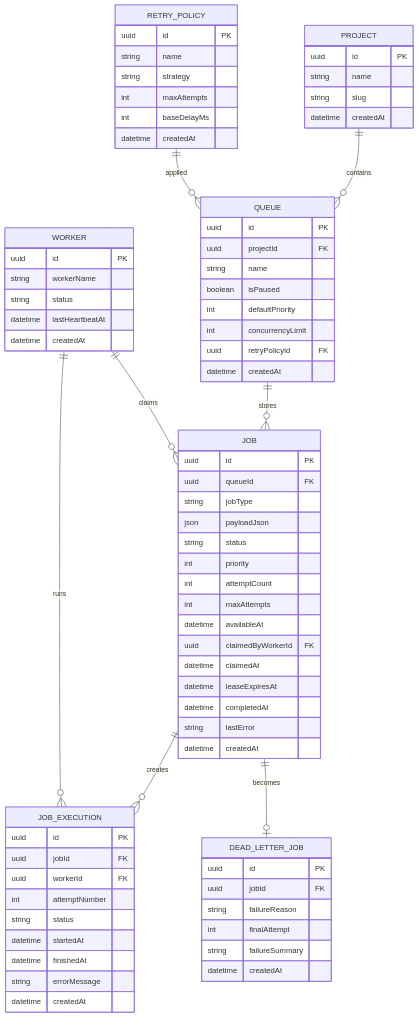
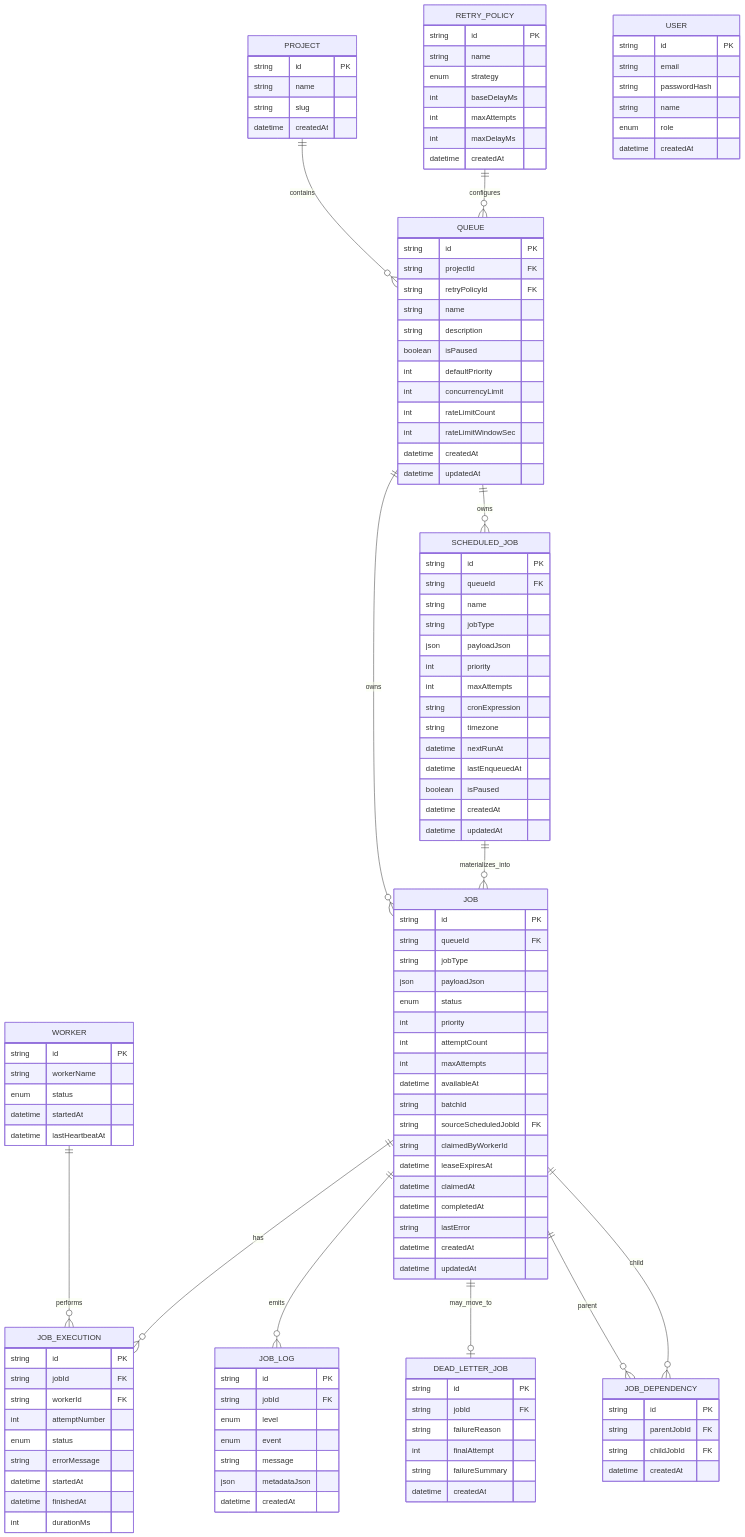
The third of 3 diagrams in README.md (prateek-crypto/relay-working-mvp-submission), drawn with Mermaid before and after one commit. The commit also changed other lines of this file and 4 other files, not shown here.

````diff
--- a/README.md
+++ b/README.md
@@ -96,78 +257,139 @@
 ```mermaid
 erDiagram
     PROJECT ||--o{ QUEUE : contains
-    RETRY_POLICY ||--o{ QUEUE : applied
-    QUEUE ||--o{ JOB : stores
-    WORKER ||--o{ JOB : claims
-    JOB ||--o{ JOB_EXECUTION : creates
-    WORKER ||--o{ JOB_EXECUTION : runs
-    JOB ||--o| DEAD_LETTER_JOB : becomes
+    RETRY_POLICY ||--o{ QUEUE : configures
+    QUEUE ||--o{ JOB : owns
+    QUEUE ||--o{ SCHEDULED_JOB : owns
+    WORKER ||--o{ JOB_EXECUTION : performs
+    JOB ||--o{ JOB_EXECUTION : has
+    JOB ||--o{ JOB_LOG : emits
+    JOB ||--o| DEAD_LETTER_JOB : may_move_to
+    SCHEDULED_JOB ||--o{ JOB : materializes_into
+    JOB ||--o{ JOB_DEPENDENCY : parent
+    JOB ||--o{ JOB_DEPENDENCY : child
+
+    USER {
+      string id PK
+      string email
+      string passwordHash
+      string name
+      enum role
+      datetime createdAt
+    }
 
     PROJECT {
-        uuid id PK
-        string name
-        string slug
-        datetime createdAt
+      string id PK
+      string name
+      string slug
+      datetime createdAt
     }
+
     RETRY_POLICY {
-        uuid id PK
-        string name
-        string strategy
-        int maxAttempts
-        int baseDelayMs
-        datetime createdAt
+      string id PK
+      string name
+      enum strategy
+      int baseDelayMs
+      int maxAttempts
+      int maxDelayMs
+      datetime createdAt
     }
+
     QUEUE {
-        uuid id PK
-        uuid projectId FK
-        string name
-        boolean isPaused
-        int defaultPriority
-        int concurrencyLimit
-        uuid retryPolicyId FK
-        datetime createdAt
+      string id PK
+      string projectId FK
+      string retryPolicyId FK
+      string name
+      string description
+      boolean isPaused
+      int defaultPriority
+      int concurrencyLimit
+      int rateLimitCount
+      int rateLimitWindowSec
+      datetime createdAt
+      datetime updatedAt
     }
+
+    WORKER {
+      string id PK
+      string workerName
+      enum status
+      datetime startedAt
+      datetime lastHeartbeatAt
+    }
+
     JOB {
-        uuid id PK
-        uuid queueId FK
-        string jobType
-        json payloadJson
-        string status
-        int priority
-        int attemptCount
-        int maxAttempts
-        datetime availableAt
-        uuid claimedByWorkerId FK
-        datetime claimedAt
-        datetime leaseExpiresAt
-        datetime completedAt
-        string lastError
-        datetime createdAt
+      string id PK
+      string queueId FK
+      string jobType
+      json payloadJson
+      enum status
+      int priority
+      int attemptCount
+      int maxAttempts
+      datetime availableAt
+      string batchId
+      string sourceScheduledJobId FK
+      string claimedByWorkerId
+      datetime leaseExpiresAt
+      datetime claimedAt
+      datetime completedAt
+      string lastError
+      datetime createdAt
+      datetime updatedAt
     }
-    WORKER {
-        uuid id PK
-        string workerName
-        string status
-        datetime lastHeartbeatAt
-        datetime createdAt
+
+    JOB_EXECUTION {
+      string id PK
+      string jobId FK
+      string workerId FK
+      int attemptNumber
+      enum status
+      string errorMessage
+      datetime startedAt
+      datetime finishedAt
+      int durationMs
     }
-    JOB_EXECUTION {
-        uuid id PK
-        uuid jobId FK
-        uuid workerId FK
-        int attemptNumber
-        string status
-        datetime startedAt
-        datetime finishedAt
-        string errorMessage
-        datetime createdAt
+
+    JOB_LOG {
+      string id PK
+      string jobId FK
+      enum level
+      enum event
+      string message
+      json metadataJson
+      datetime createdAt
     }
+
     DEAD_LETTER_JOB {
-        uuid id PK
-        uuid jobId FK
-        string failureReason
-        int finalAttempt
-        string failureSummary
-        datetime createdAt
+      string id PK
+      string jobId FK
+      string failureReason
+      int finalAttempt
+      string failureSummary
+      datetime createdAt
+    }
+
+    JOB_DEPENDENCY {
+      string id PK
+      string parentJobId FK
+      string childJobId FK
+      datetime createdAt
+    }
+
+    SCHEDULED_JOB {
+      string id PK
+      string queueId FK
+      string name
+      string jobType
+      json payloadJson
+      int priority
+      int maxAttempts
+      string cronExpression
+      string timezone
+      datetime nextRunAt
+      datetime lastEnqueuedAt
+      boolean isPaused
+      datetime createdAt
+      datetime updatedAt
     }
 ```
````
